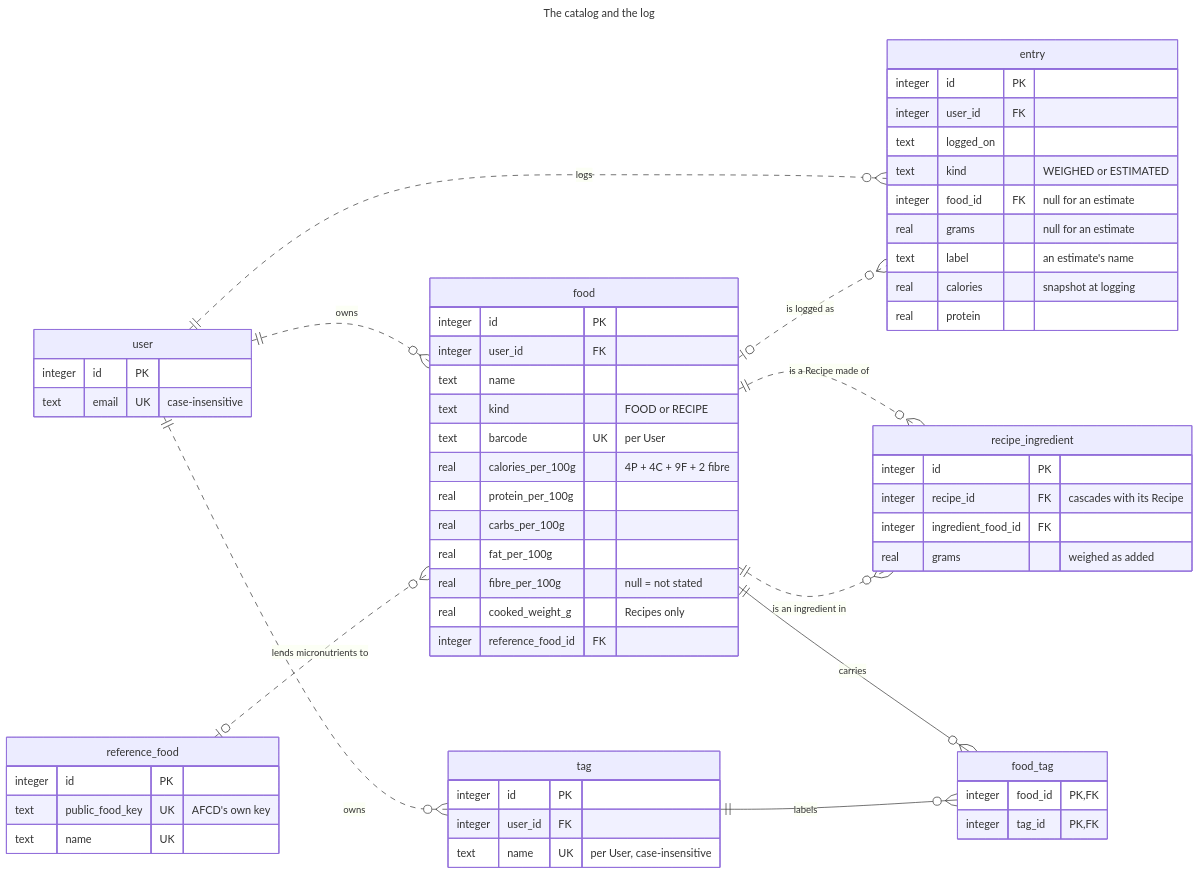
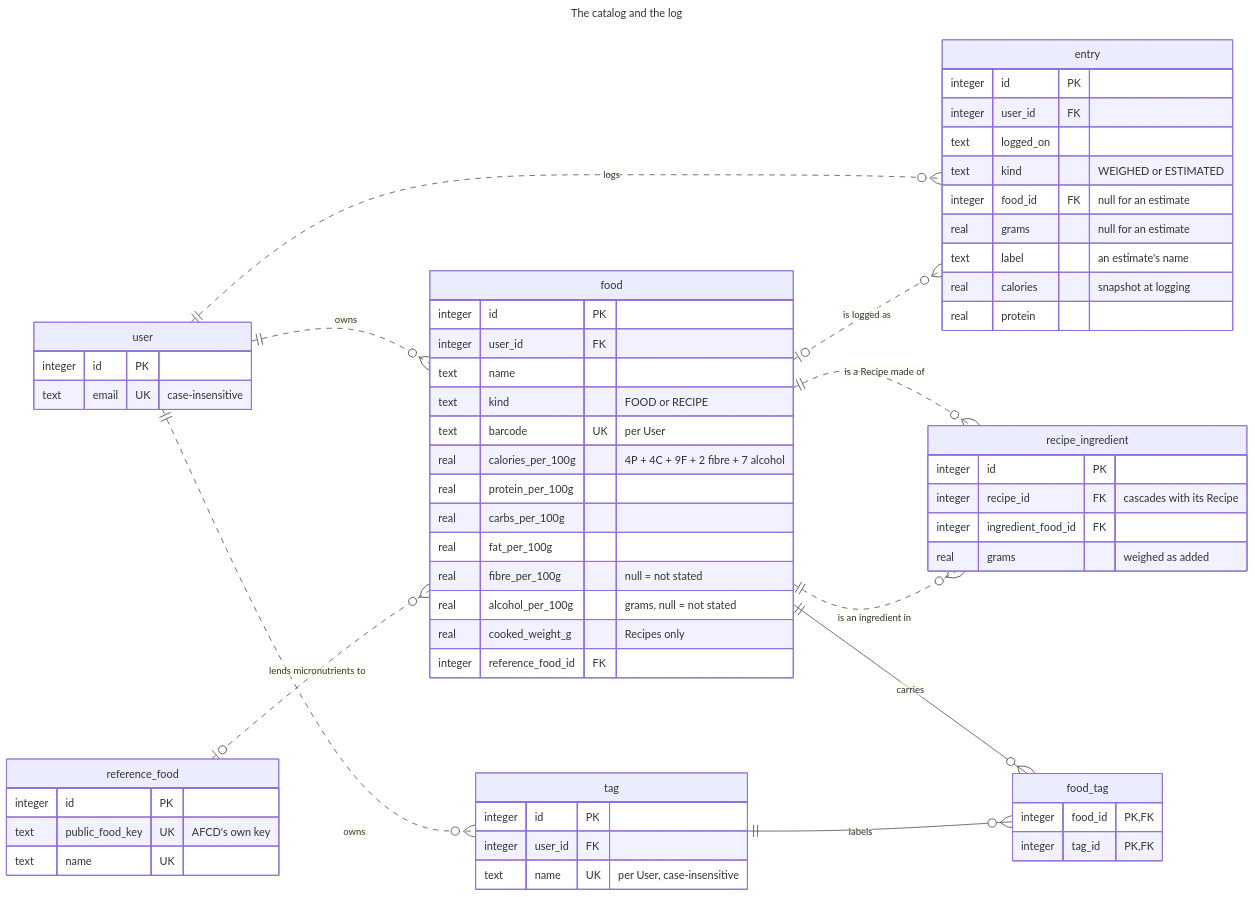
Before and after one commit to skrymer/tucker: the ninth of 10 diagrams in docs/architecture.md, drawn with Mermaid. The commit also changed 44 other files, not shown here.

````diff
--- a/docs/architecture.md
+++ b/docs/architecture.md
@@ -407,67 +407,68 @@
 ```mermaid
 ---
 title: The catalog and the log
 ---
 erDiagram
   direction LR
 
   user ||..o{ food : "owns"
   user ||..o{ entry : "logs"
   user ||..o{ tag : "owns"
   food |o..o{ entry : "is logged as"
   food ||..o{ recipe_ingredient : "is a Recipe made of"
   food ||..o{ recipe_ingredient : "is an ingredient in"
   food ||--o{ food_tag : "carries"
   tag ||--o{ food_tag : "labels"
   reference_food |o..o{ food : "lends micronutrients to"
 
   user {
     integer id PK
     text email UK "case-insensitive"
   }
   food {
     integer id PK
     integer user_id FK
     text name
     text kind "FOOD or RECIPE"
     text barcode UK "per User"
-    real calories_per_100g "4P + 4C + 9F + 2 fibre"
+    real calories_per_100g "4P + 4C + 9F + 2 fibre + 7 alcohol"
     real protein_per_100g
     real carbs_per_100g
     real fat_per_100g
     real fibre_per_100g "null = not stated"
+    real alcohol_per_100g "grams, null = not stated"
     real cooked_weight_g "Recipes only"
     integer reference_food_id FK
   }
   recipe_ingredient {
     integer id PK
     integer recipe_id FK "cascades with its Recipe"
     integer ingredient_food_id FK
     real grams "weighed as added"
   }
   entry {
     integer id PK
     integer user_id FK
     text logged_on
     text kind "WEIGHED or ESTIMATED"
     integer food_id FK "null for an estimate"
     real grams "null for an estimate"
     text label "an estimate's name"
     real calories "snapshot at logging"
     real protein
   }
   tag {
     integer id PK
     integer user_id FK
     text name UK "per User, case-insensitive"
   }
   food_tag {
     integer food_id PK, FK
     integer tag_id PK, FK
   }
   reference_food {
     integer id PK
     text public_food_key UK "AFCD's own key"
     text name UK
   }
 ```
````
